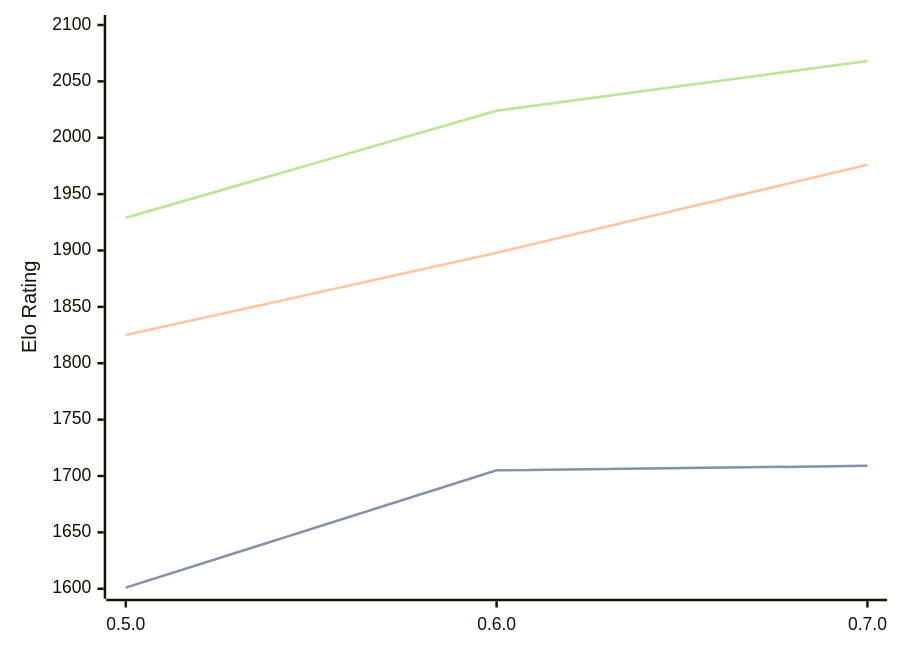
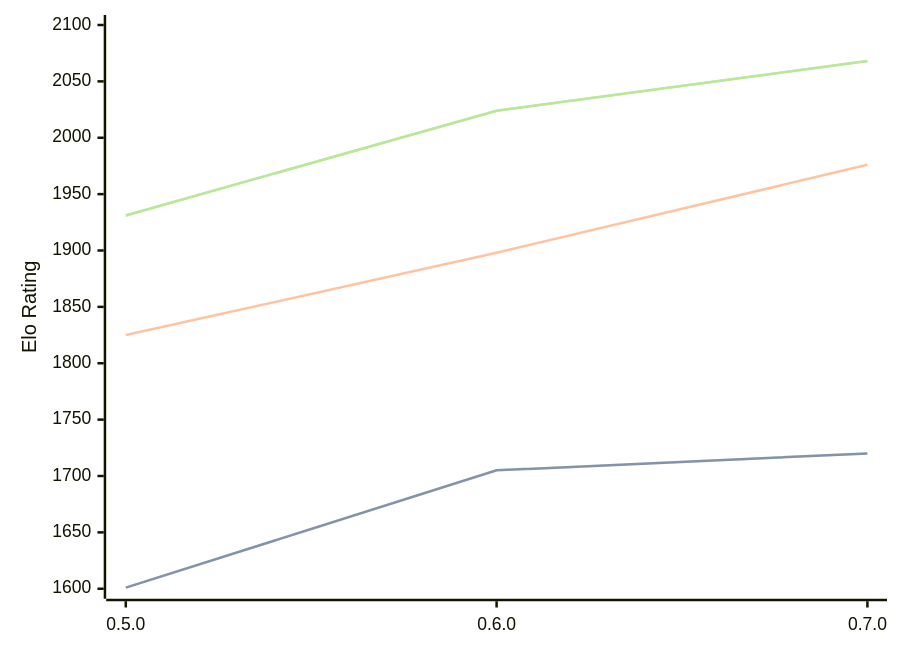
Before and after one commit to computer-chess-index/cci: the diagram in engines/Chess-rs.md, drawn with Mermaid. The commit also changed other lines of this file, not shown here.

Commit message:
Update CCI Ratings (ELO VLTC) - 2026-02-16

````diff
--- a/engines/Chess-rs.md
+++ b/engines/Chess-rs.md
@@ -38,11 +38,11 @@
 ```mermaid
 %%{init: {"theme":"base","themeVariables":{"seriesColors:['#a3a3a3','#222221','#faa371']}}}%%
 xychart-beta
   x-axis ["0.5.0", "0.6.0", "0.7.0"]
   y-axis "Elo Rating" 1600 --> 2100
-  line "STC (8.0+0.08s)" [1601, 1705, 1709]
-  line "STC (8.0+0.08s)" [1601, 1705, 1709]
+  line "STC (8.0+0.08s)" [1601, 1705, 1720]
+  line "STC (8.0+0.08s)" [1601, 1705, 1720]
   line "LTC (60.0+0.60s)" [1825, 1898, 1976]
-  line "VLTC (2m24s+1.12s)" [1929, 2024, 2068]
-  line "VLTC (2m24s+1.12s)" [1929, 2024, 2068]
+  line "VLTC (2m24s+1.12s)" [1931, 2024, 2068]
+  line "VLTC (2m24s+1.12s)" [1931, 2024, 2068]
 ```
````
